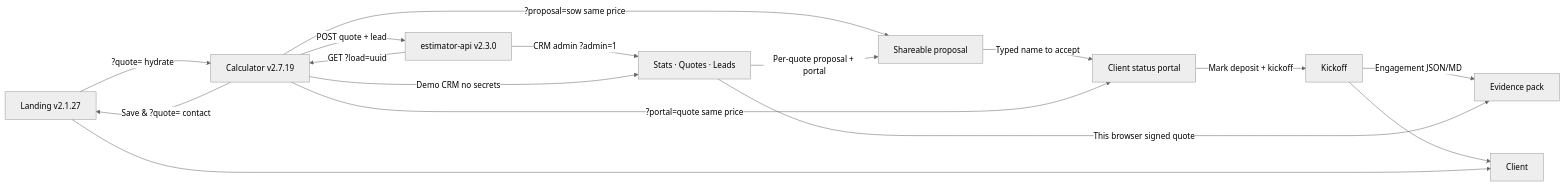
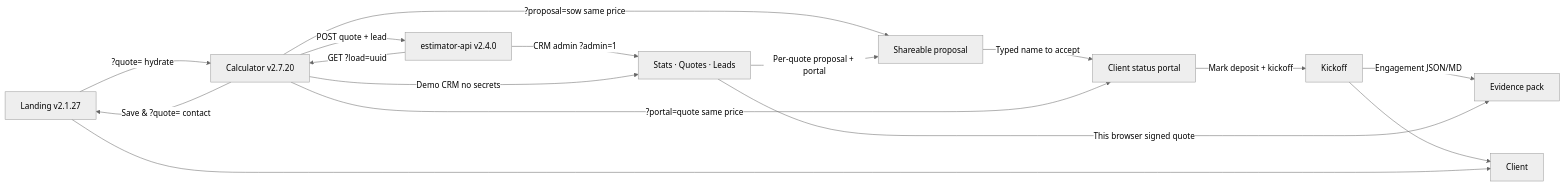
Before and after one commit to pixellayer7-jpg/pixellayer7-jpg: the diagram in README.md, drawn with Mermaid (neutral theme). The commit also changed other lines of this file and 6 other files, not shown here.

Commit message:
docs: API v2.4.0 search q and calculator v2.7.20 CRM search

````diff
--- a/README.md
+++ b/README.md
@@ -23,18 +23,18 @@
 ```mermaid
 flowchart LR
-  A[Landing v2.1.27] -->|?quote= hydrate| B[Calculator v2.7.19]
+  A[Landing v2.1.27] -->|?quote= hydrate| B[Calculator v2.7.20]
   B -->|Save & ?quote= contact| A
   B -->|?proposal=sow same price| R[Shareable proposal]
   R -->|Typed name to accept| P[Client status portal]
   P -->|Mark deposit + kickoff| K[Kickoff]
   K -->|Engagement JSON/MD| X[Evidence pack]
   B -->|?portal=quote same price| P
-  B -->|POST quote + lead| D[estimator-api v2.3.0]
+  B -->|POST quote + lead| D[estimator-api v2.4.0]
   D -->|CRM admin ?admin=1| E[Stats · Quotes · Leads]
   B -->|Demo CRM no secrets| E
   E -->|This browser signed quote| X
   E -->|Per-quote proposal + portal| R
   K --> F[Client]
   D -->|GET ?load=uuid| B
   A --> F[Client]
 ```
````
